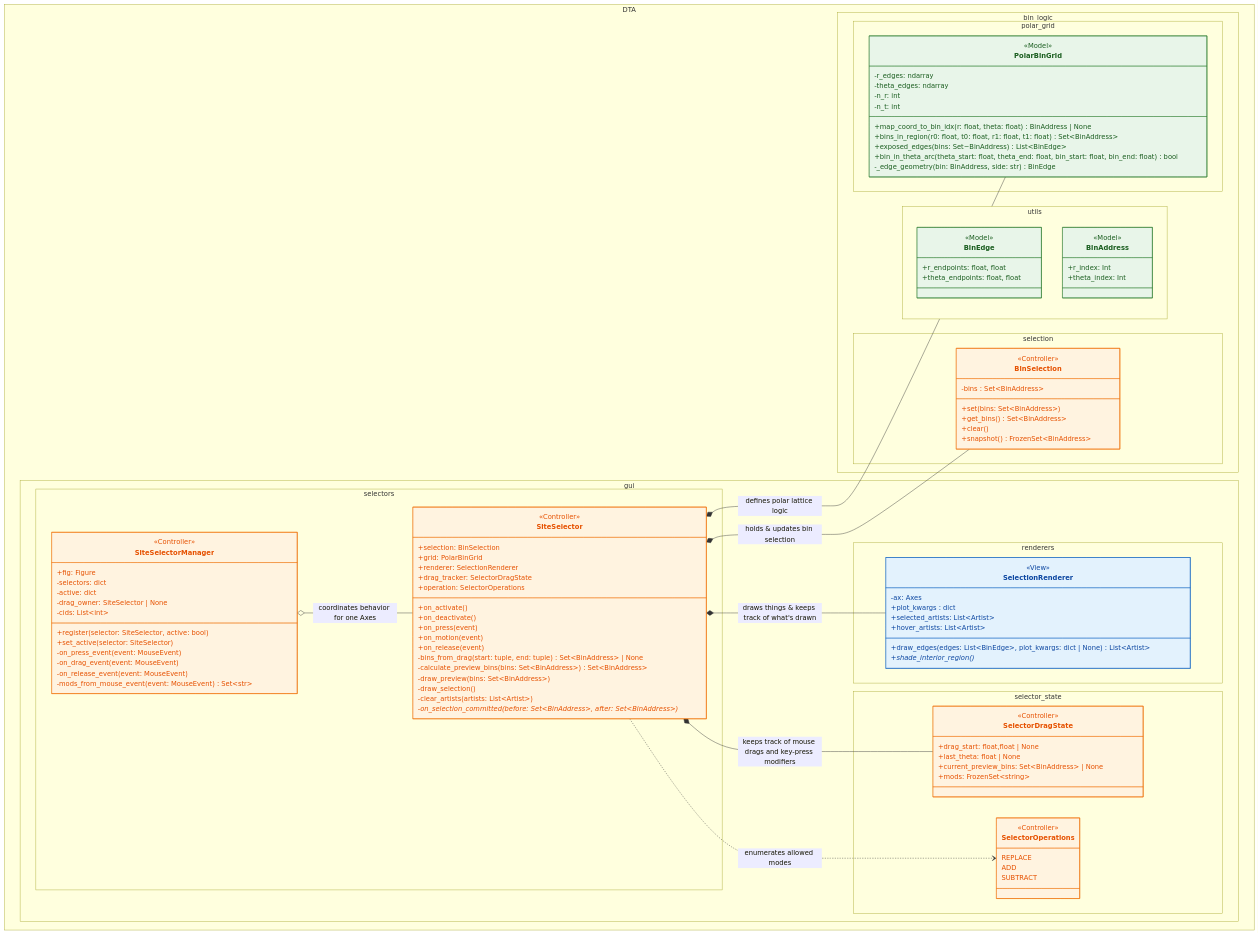
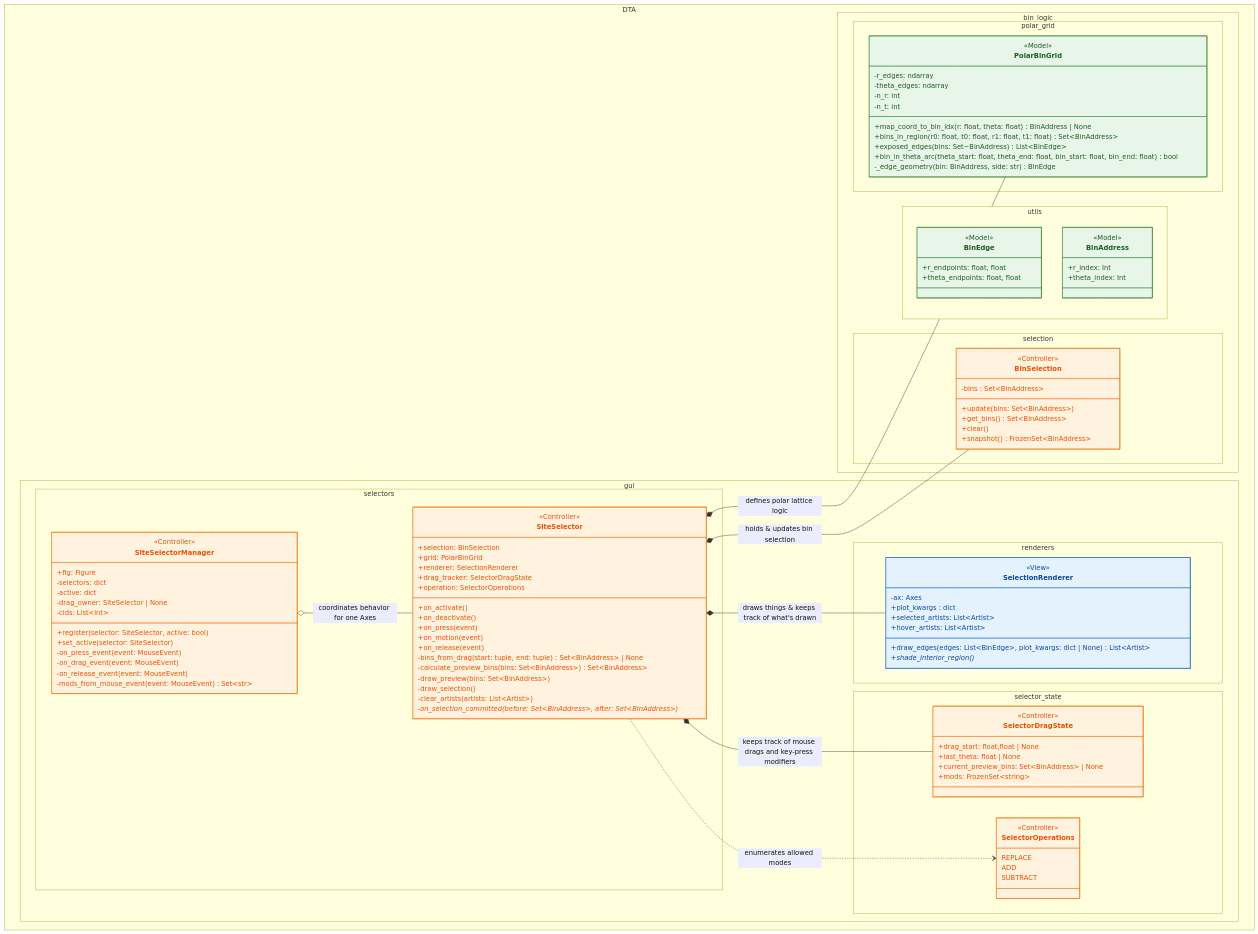
Before and after one commit to BranniganLab/density_threshold_affinity: the first of 4 diagrams in python/dta/gui/README.md, drawn with Mermaid.

Commit message:
rename method in mermaid diagram

```diff
--- a/python/dta/gui/README.md
+++ b/python/dta/gui/README.md
@@ -120,7 +120,7 @@
 namespace DTA.bin_logic.selection {
 class BinSelection {
     -bins : Set~BinAddress~
-    +set(bins: Set~BinAddress~)
+    +update(bins: Set~BinAddress~)
     +get_bins() Set~BinAddress~
     +clear()
     +snapshot() FrozenSet~BinAddress~
```
